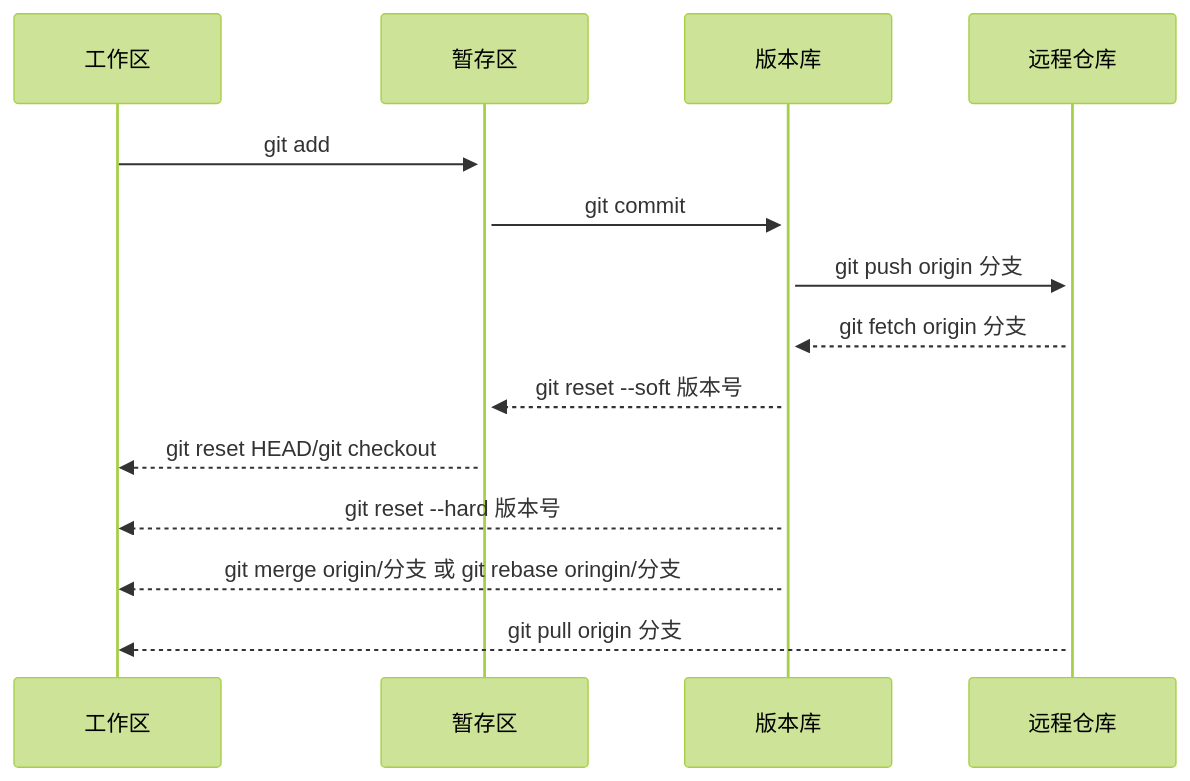
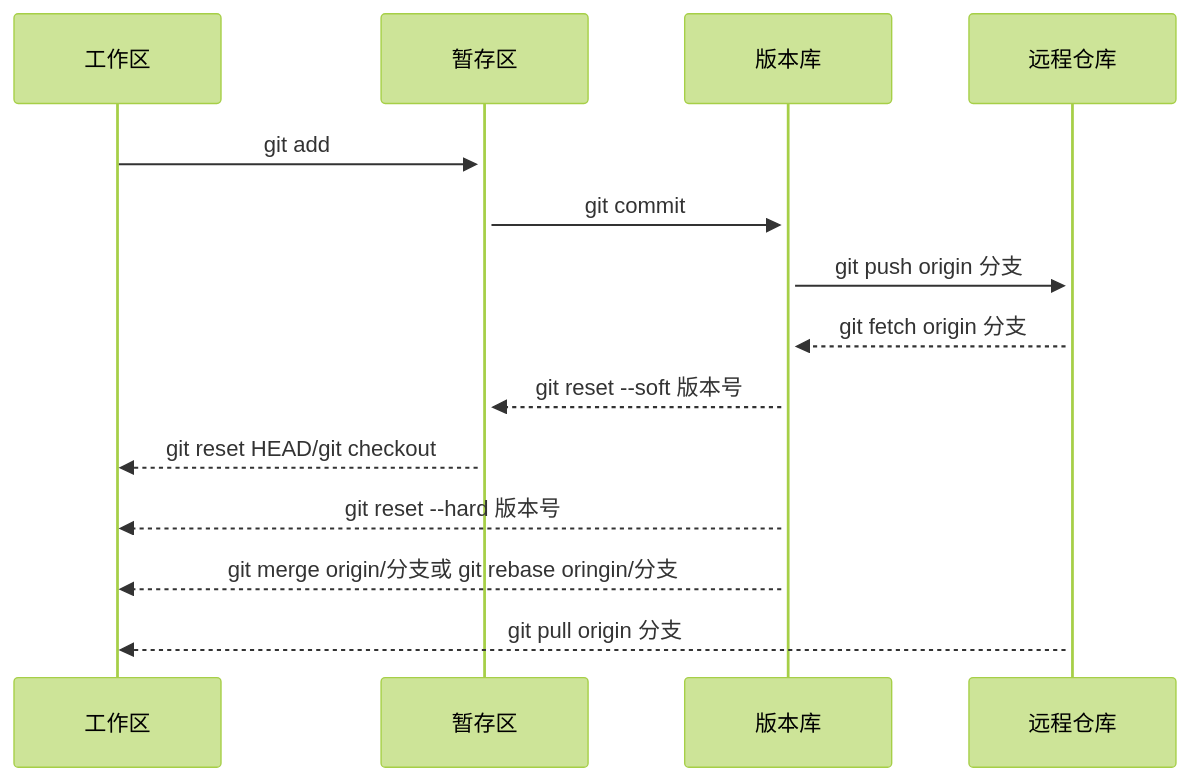
The diagram in src/site/notes/02 Area/项目实战学Git.md (DavonOs/digitalgarden), drawn with Mermaid (forest theme) before and after one commit. The commit also changed other lines of this file and 28 other files, not shown here.

````diff
--- a/src/site/notes/02 Area/项目实战学Git.md
+++ b/src/site/notes/02 Area/项目实战学Git.md
@@ -153,17 +153,17 @@
 ```mermaid
 sequenceDiagram
     participant 工作区
     participant 暂存区
     participant 版本库
     participant 远程仓库
     
     工作区->>+暂存区: git add
     暂存区->>+版本库: git commit
     版本库->>+远程仓库: git push origin 分支
     远程仓库-->>版本库: git fetch origin 分支
     版本库-->>暂存区: git reset --soft 版本号
     暂存区-->>工作区: git reset HEAD/git checkout
     版本库-->>工作区: git reset --hard 版本号
-    版本库-->>工作区: git merge origin/分支 或 git rebase oringin/分支
+    版本库-->>工作区: git merge origin/分支或 git rebase oringin/分支
     远程仓库-->>工作区: git pull origin 分支
 ```
````
